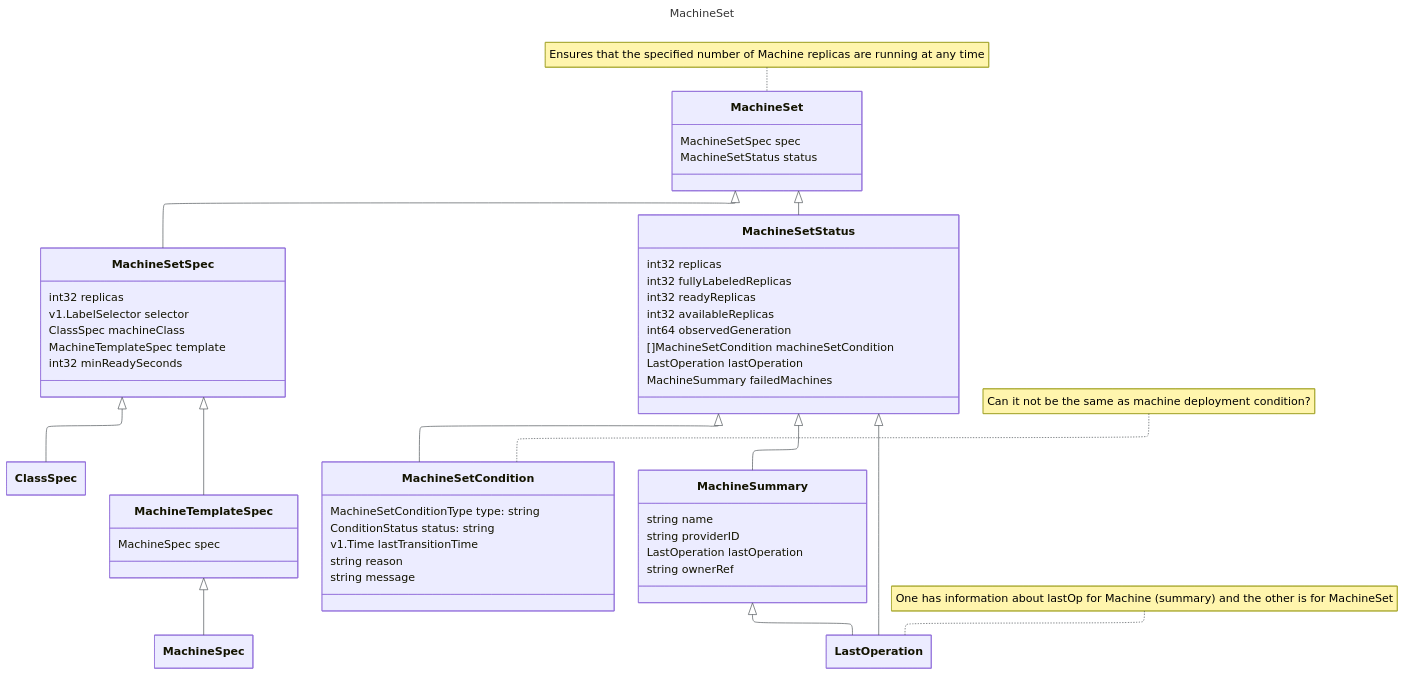
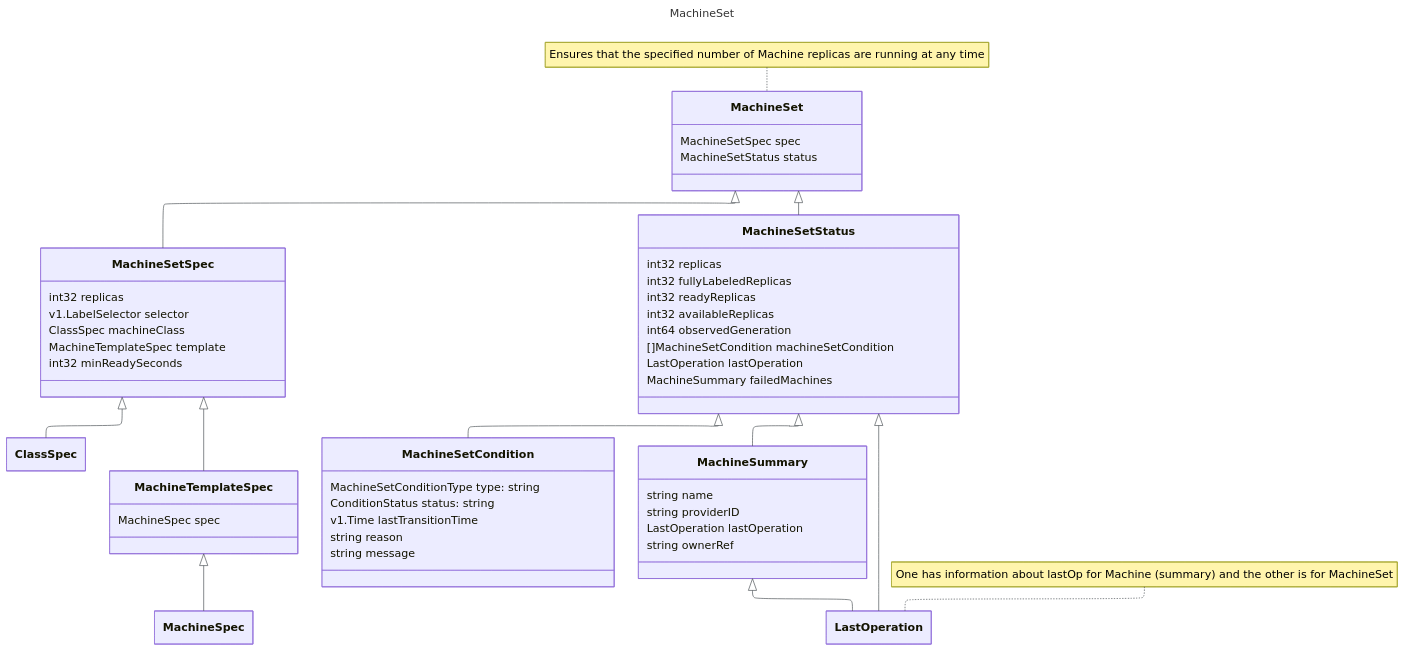
The third of 5 diagrams in content/notes/20241129T160749--mcm__k8s_sap_work.md (brongulus/brongulus.github.io), drawn with Mermaid before and after one commit. The commit also changed other lines of this file and 7 other files, not shown here.

Commit message:
mcm: Updated with machineSet reconcile

````diff
--- a/content/notes/20241129T160749--mcm__k8s_sap_work.md
+++ b/content/notes/20241129T160749--mcm__k8s_sap_work.md
@@ -146,67 +148,66 @@
 ```mermaid
 ---
 title: MachineSet
 config:
   layout: elk
   class:
     hideEmptyMembersBox: true
 ---
 %%{init: { 'themeVariables': { 'lineColor': '#51565b'}}}%%
 classDiagram
  %% MachineSet ---------------------------------
    note for MachineSet "Ensures that the specified number of Machine replicas are running at any time"
    MachineSet <|-- MachineSetSpec
    MachineSet <|-- MachineSetStatus
    class MachineSet{
    MachineSetSpec spec
    MachineSetStatus status
    }
 
    MachineSetSpec <|-- ClassSpec
    MachineSetSpec <|-- MachineTemplateSpec
    class MachineSetSpec{
    int32 replicas
    v1.LabelSelector selector
    ClassSpec machineClass
    MachineTemplateSpec template
    int32 minReadySeconds
    }
 
    MachineTemplateSpec <|-- MachineSpec
    class MachineTemplateSpec{
    MachineSpec spec
    }
 
    MachineSetStatus <|-- MachineSetCondition
    MachineSetStatus <|-- LastOperation
    MachineSetStatus <|-- MachineSummary
    class MachineSetStatus{
    int32 replicas
    int32 fullyLabeledReplicas
    int32 readyReplicas
    int32 availableReplicas
    int64 observedGeneration
    []MachineSetCondition machineSetCondition
    LastOperation lastOperation
    MachineSummary failedMachines
    }
 
    MachineSummary <|-- LastOperation
    class MachineSummary{
    string name
    string providerID
    LastOperation lastOperation
    string ownerRef
    }
 
    class MachineSetCondition{
    MachineSetConditionType type: string
    ConditionStatus status: string
    v1.Time lastTransitionTime
    string reason
    string message
    }
 
-   note for MachineSetCondition "Can it not be the same as machine deployment condition?"
    note for LastOperation "One has information about lastOp for Machine (summary) and the other is for MachineSet"
 ```
````
